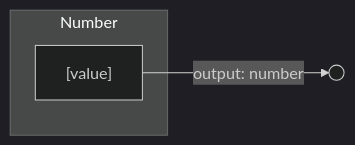
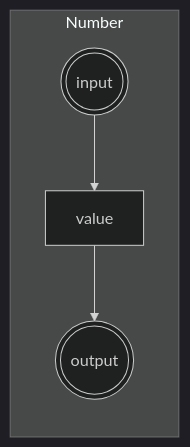
One commit to sisi0318/tool-website changed the second of 7 diagrams in docs/product/low-code-canvas.md. Above: the diagram before and after it, drawn with Mermaid (dark theme). The commit also changed other lines of this file, not shown here.

````diff
--- a/docs/product/low-code-canvas.md
+++ b/docs/product/low-code-canvas.md
@@ -58,7 +60,7 @@
 ```mermaid
 graph LR
     subgraph NumberNode ["Number"]
-        value["[value]"]
+        in((("input"))) --> value["value"]
+        value --> out((("output")))
     end
-    value -->|"output: number"| out(( ))
 ```
````
